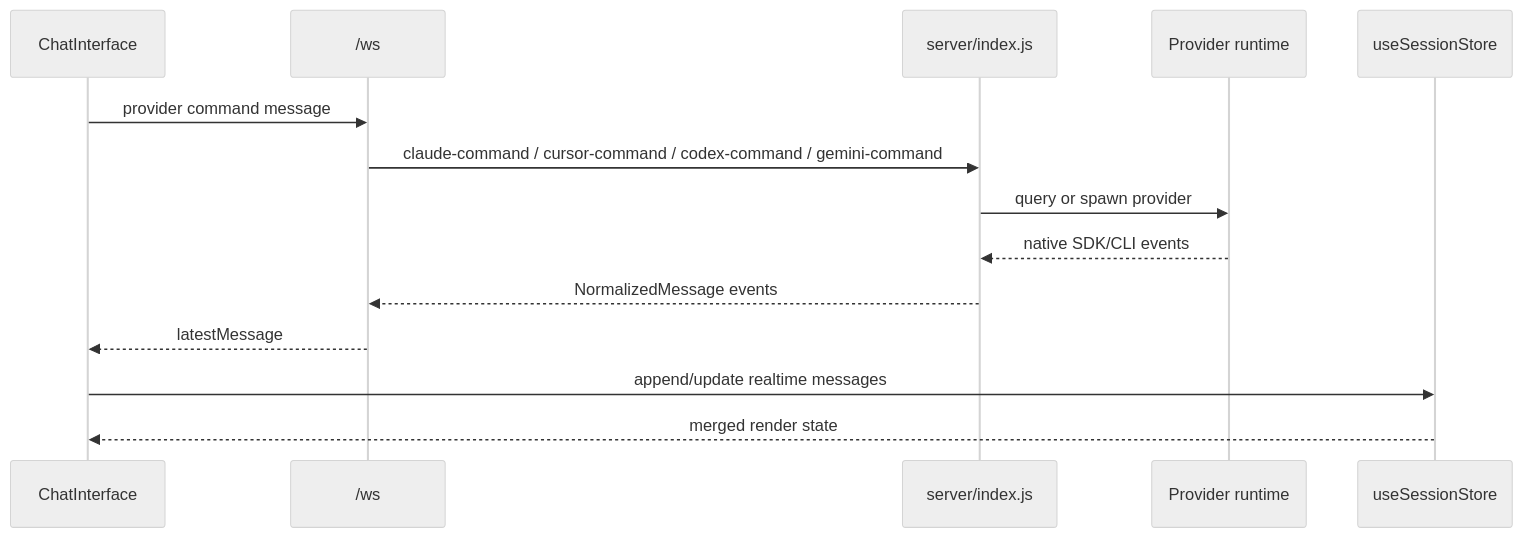
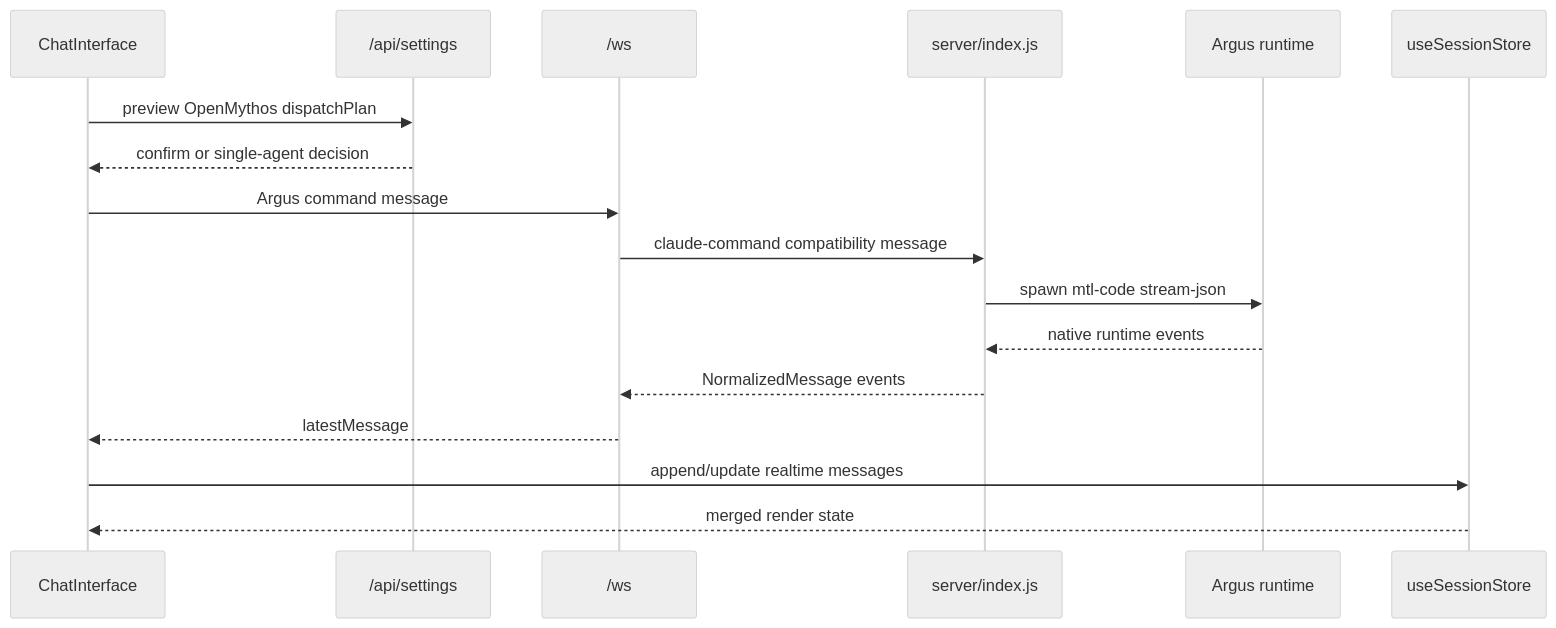
The second of 5 diagrams in claudecodeui/docs/knowledge/04-runtime-flows.md (wyy-debug/AIINWORK), drawn with Mermaid (neutral theme) before and after one commit. The commit also changed other lines of this file and 201 other files, not shown here.

````diff
--- a/claudecodeui/docs/knowledge/04-runtime-flows.md
+++ b/claudecodeui/docs/knowledge/04-runtime-flows.md
@@ -48,17 +68,20 @@
 ```mermaid
 sequenceDiagram
   participant Chat as ChatInterface
+  participant Settings as /api/settings
   participant WS as /ws
   participant Server as server/index.js
-  participant Runtime as Provider runtime
+  participant Runtime as Argus runtime
   participant Store as useSessionStore
 
-  Chat->>WS: provider command message
-  WS->>Server: claude-command / cursor-command / codex-command / gemini-command
-  Server->>Runtime: query or spawn provider
-  Runtime-->>Server: native SDK/CLI events
+  Chat->>Settings: preview OpenMythos dispatchPlan
+  Settings-->>Chat: confirm or single-agent decision
+  Chat->>WS: Argus command message
+  WS->>Server: claude-command compatibility message
+  Server->>Runtime: spawn mtl-code stream-json
+  Runtime-->>Server: native runtime events
   Server-->>WS: NormalizedMessage events
   WS-->>Chat: latestMessage
   Chat->>Store: append/update realtime messages
   Store-->>Chat: merged render state
 ```
````
